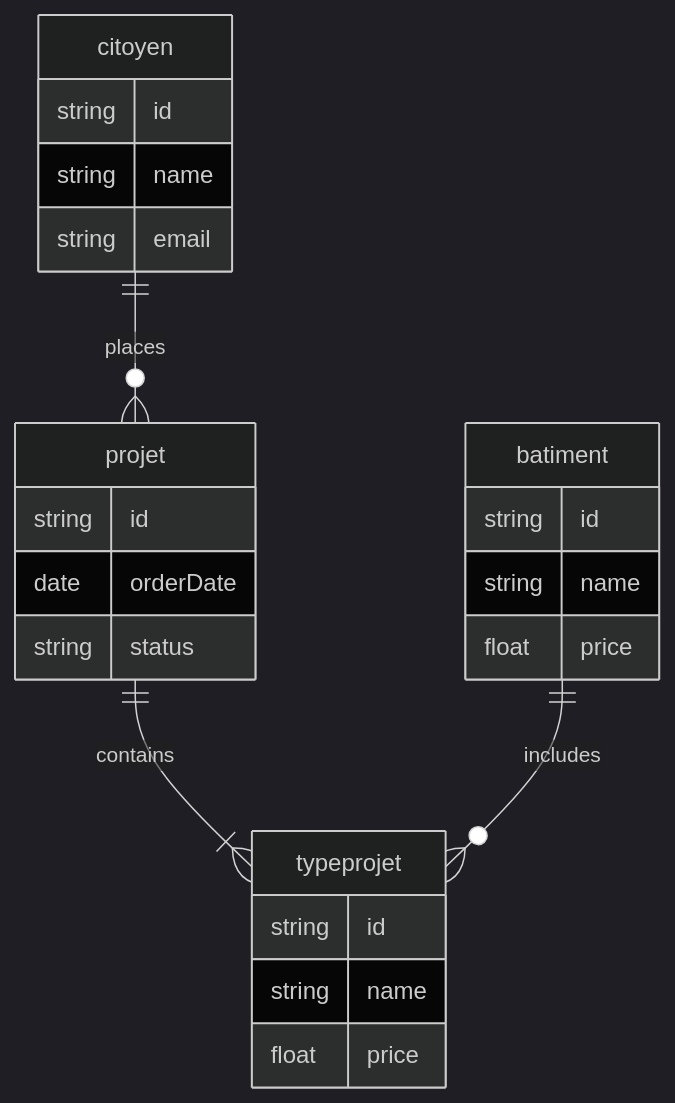
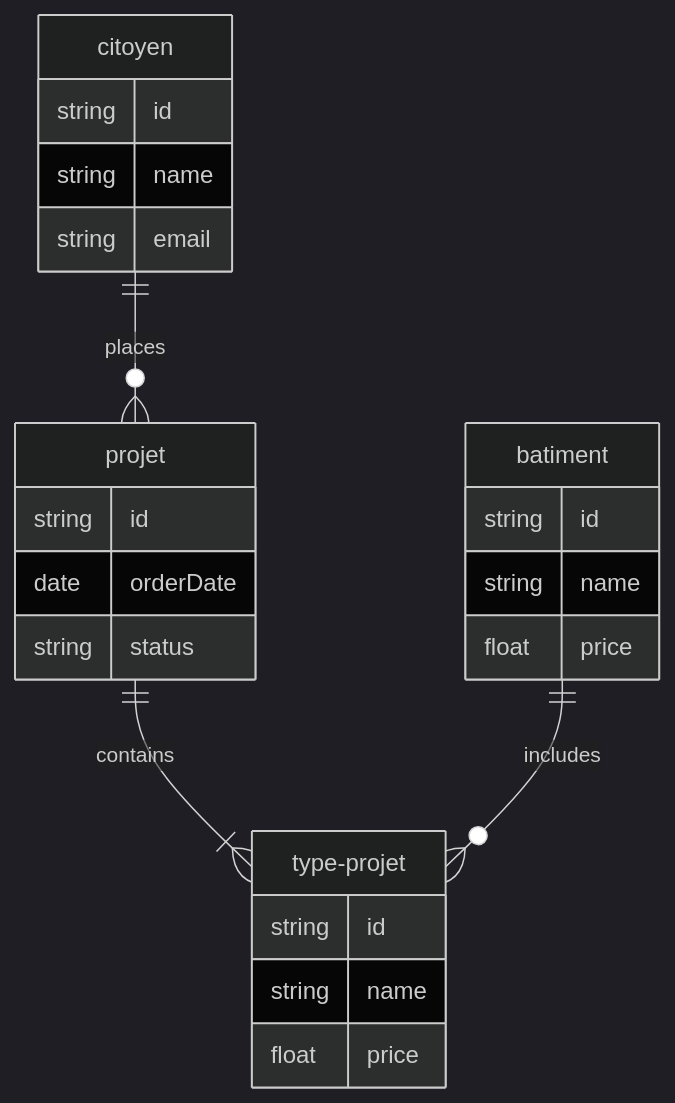
Before and after one commit to kahiarchi/plaine---saint--Denis---batiment-: the diagram in acteurskahiarchi1.md, drawn with Mermaid (dark theme).

````diff
--- a/acteurskahiarchi1.md
+++ b/acteurskahiarchi1.md
@@ -1,27 +1,27 @@
 ```mermaid
 erDiagram
     citoyen ||--o{ projet : places
-    projet ||--|{ typeprojet : contains
-    batiment ||--o{ typeprojet : includes
+    projet ||--|{ type-projet : contains
+    batiment ||--o{ type-projet : includes
     citoyen {
         string id
         string name
         string email
     }
     projet {
         string id
         date orderDate
         string status
     }
     batiment {
         string id
         string name
         float price
     }
-    typeprojet {
+    type-projet {
          string id
         string name
         float price
         }
         
 ```
````
